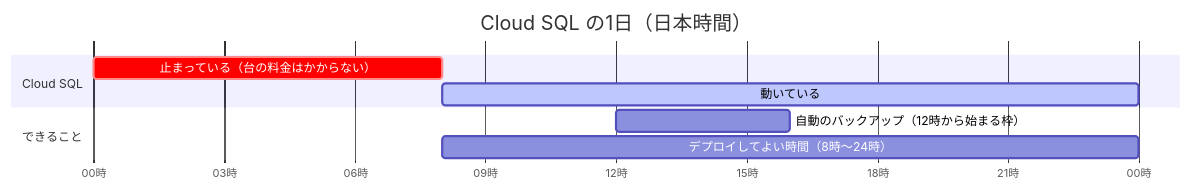
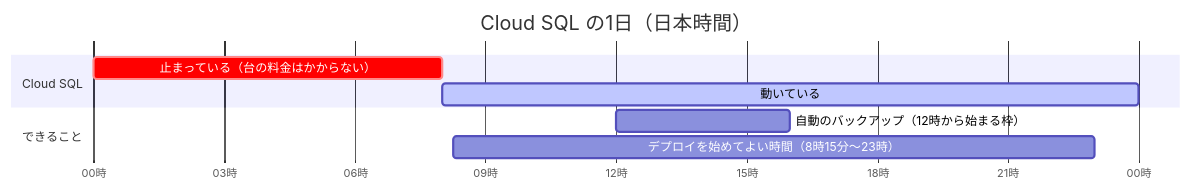
One commit to takumi-okuya-dev/kanaeru-apps changed the second of 4 diagrams in docs/study/gcp.md. Above: the diagram before and after it, drawn with Mermaid. The commit also changed other lines of this file and 9 other files, not shown here.

````diff
--- a/docs/study/gcp.md
+++ b/docs/study/gcp.md
@@ -84,12 +84,12 @@
 ```mermaid
 gantt
   title Cloud SQL の1日（日本時間）
   dateFormat HH:mm
   axisFormat %H時
   section Cloud SQL
   止まっている（台の料金はかからない） :crit, 00:00, 8h
   動いている                           :active, 08:00, 16h
   section できること
   自動のバックアップ（12時から始まる枠） :12:00, 4h
-  デプロイしてよい時間（8時〜24時）     :08:00, 16h
+  デプロイを始めてよい時間（8時15分〜23時） :08:15, 23:00
 ```
````
